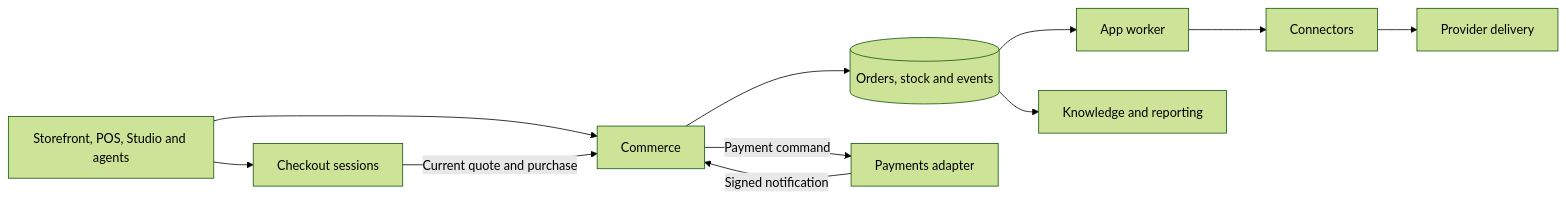
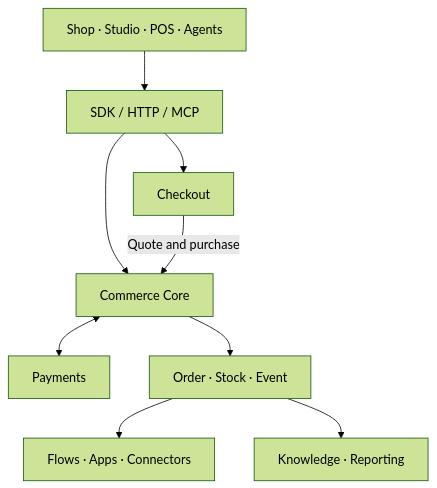
One commit to sthamann/sellama changed the diagram in docs/one-shop-components.md. Above: the diagram before and after it, drawn with Mermaid (forest theme). The commit also changed other lines of this file and 4 other files, not shown here.

````diff
--- a/docs/one-shop-components.md
+++ b/docs/one-shop-components.md
@@ -125,13 +34,19 @@
 ```mermaid
-flowchart LR
-  UI["Storefront, POS, Studio and agents"] --> C["Commerce"]
-  UI --> Q["Checkout sessions"]
-  Q -->|"Current quote and purchase"| C
-  C --> DB[("Orders, stock and events")]
-  C -->|"Payment command"| M["Payments adapter"]
-  M -->|"Signed notification"| C
-  DB --> W["App worker"]
-  W --> D["Connectors"]
-  D --> P["Provider delivery"]
-  DB --> K["Knowledge and reporting"]
+flowchart TB
+  UI["Shop · Studio · POS · Agents"]
+  API["SDK / HTTP / MCP"]
+  C["Commerce Core"]
+  Q["Checkout"]
+  P["Payments"]
+  E["Order · Stock · Event"]
+  W["Flows · Apps · Connectors"]
+  K["Knowledge · Reporting"]
+  UI --> API
+  API --> C
+  API --> Q
+  Q -->|"Quote and purchase"| C
+  C <--> P
+  C --> E
+  E --> W
+  E --> K
 ```
````
